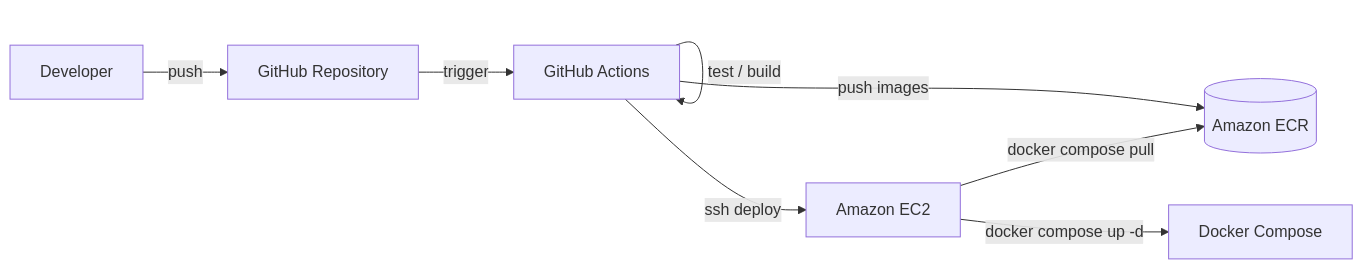
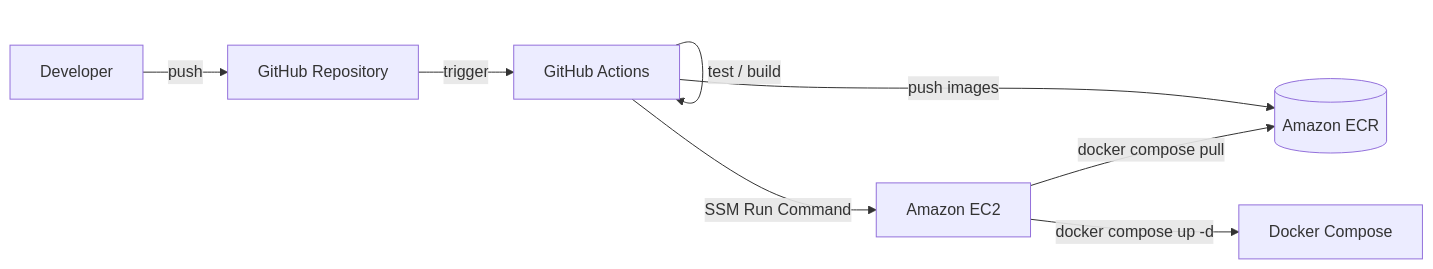
Before and after one commit to Li-Bertygi/job-selection-tracker: the second of 2 diagrams in README.md, drawn with Mermaid. The commit also changed other lines of this file and 15 other files, not shown here.

Commit message:
Switch: EC2 deployment to SSM Run Command

````diff
--- a/README.md
+++ b/README.md
@@ -251,17 +251,17 @@
 ```mermaid
 flowchart LR
     Dev[Developer]
     GitHub[GitHub Repository]
     Actions[GitHub Actions]
     ECR[(Amazon ECR)]
     EC2[Amazon EC2]
     Compose[Docker Compose]
 
     Dev -->|push| GitHub
     GitHub -->|trigger| Actions
     Actions -->|test / build| Actions
     Actions -->|push images| ECR
-    Actions -->|ssh deploy| EC2
+    Actions -->|SSM Run Command| EC2
     EC2 -->|docker compose pull| ECR
     EC2 -->|docker compose up -d| Compose
 ```
````
